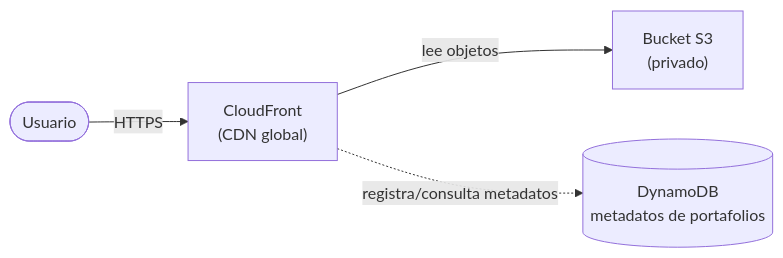
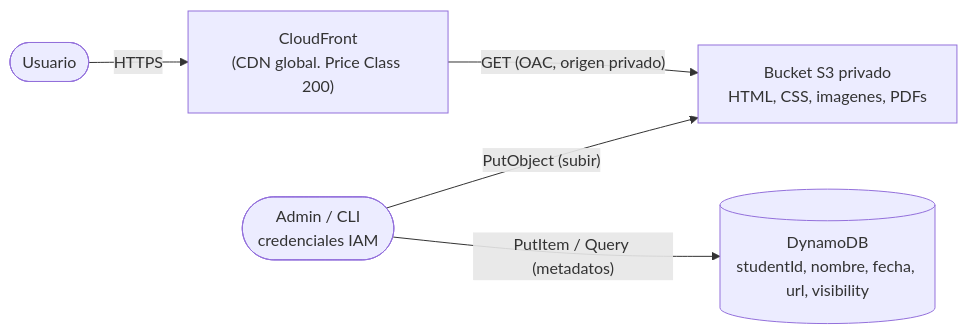
Before and after one commit to daniel-gomez-cano/univalle-students-portfolio-solution: the diagram in docs/architecture.md, drawn with Mermaid. The commit also changed other lines of this file and 4 other files, not shown here.

````diff
--- a/docs/architecture.md
+++ b/docs/architecture.md
@@ -11,8 +11,8 @@
 ```mermaid
 flowchart LR
-    User([Usuario]) -->|HTTPS| CF["CloudFront<br/>(CDN global)"]
-    CF -->|lee objetos| S3["Bucket S3<br/>(privado)"]
-    DDB[("DynamoDB<br/>metadatos de portafolios")]
+    User([Usuario]) -->|HTTPS| CF["CloudFront<br/>(CDN global. Price Class 200)"]
+    CF -->|"GET (OAC, origen privado)"| S3["Bucket S3 privado<br/>HTML, CSS, imagenes, PDFs"]
+    Admin([Admin / CLI<br/>credenciales IAM]) -->|"PutObject (subir)"| S3
+    Admin -->|"PutItem / Query (metadatos)"| DDB[("DynamoDB<br/>studentId, nombre, fecha, url, visibility")]
 
-    CF -.registra/consulta metadatos.-> DDB
 ```
````
